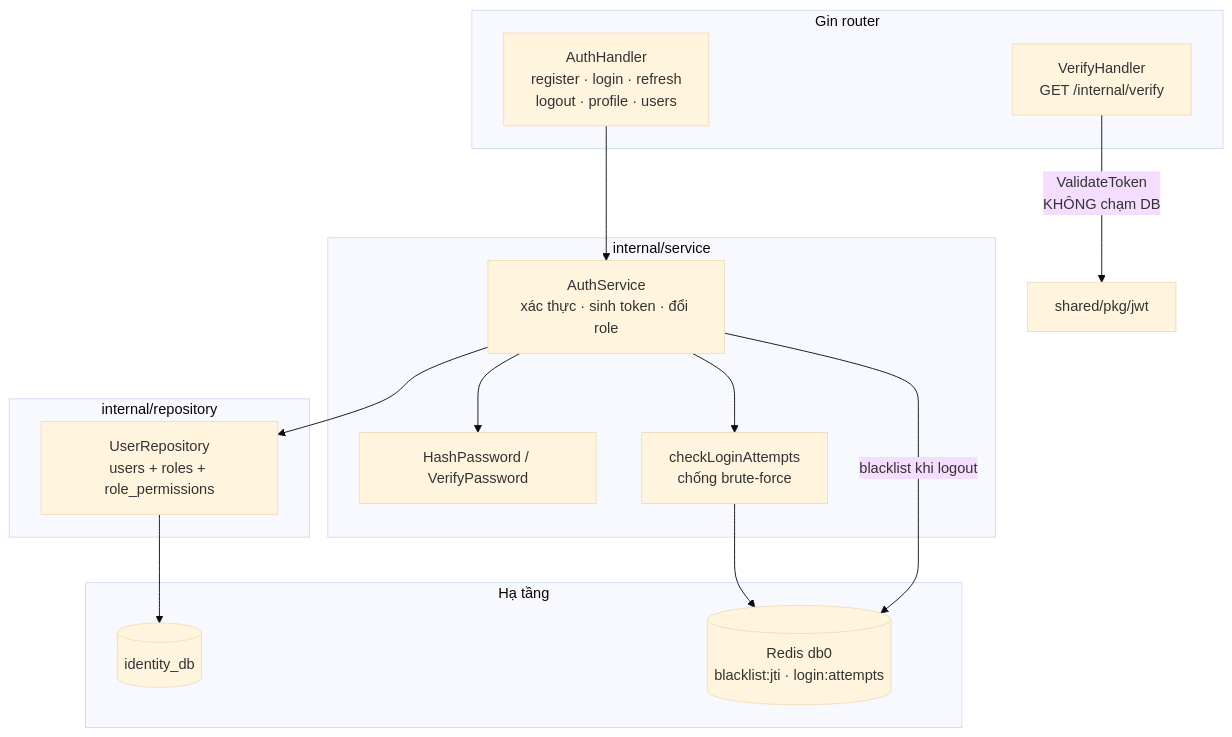
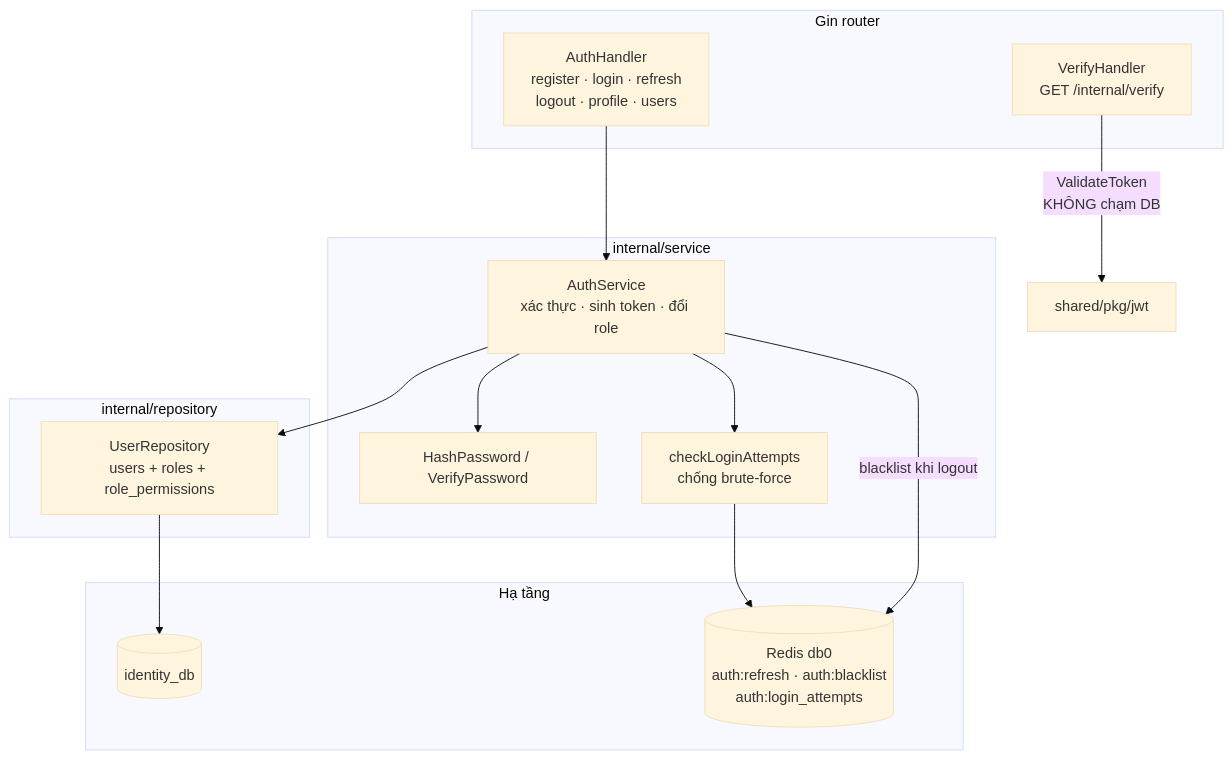
One commit to dwchwang/sms_microservice changed the first of 7 diagrams in .claude/diagrams/component-diagram.md. Above: the diagram before and after it, drawn with Mermaid (base theme). The commit also changed other lines of this file and 24 other files, not shown here.

````diff
--- a/.claude/diagrams/component-diagram.md
+++ b/.claude/diagrams/component-diagram.md
@@ -11,30 +11,30 @@
 ```mermaid
 graph TB
     subgraph HTTP["Gin router"]
         H1["AuthHandler<br/>register · login · refresh<br/>logout · profile · users"]
         H2["VerifyHandler<br/>GET /internal/verify"]
     end
 
     subgraph SVC["internal/service"]
         S1["AuthService<br/>xác thực · sinh token · đổi role"]
         S2["HashPassword / VerifyPassword"]
         S3["checkLoginAttempts<br/>chống brute-force"]
     end
 
     subgraph REPO["internal/repository"]
         R1["UserRepository<br/>users + roles + role_permissions"]
     end
 
     subgraph INFRA["Hạ tầng"]
         PG[("identity_db")]
-        RD[("Redis db0<br/>blacklist:jti · login:attempts")]
+        RD[("Redis db0<br/>auth:refresh · auth:blacklist<br/>auth:login_attempts")]
     end
 
     JWT["shared/pkg/jwt"]
 
     H1 --> S1 --> S2
     S1 --> S3 --> RD
     S1 --> R1 --> PG
     S1 -->|"blacklist khi logout"| RD
     H2 -->|"ValidateToken<br/>KHÔNG chạm DB"| JWT
 ```
````
